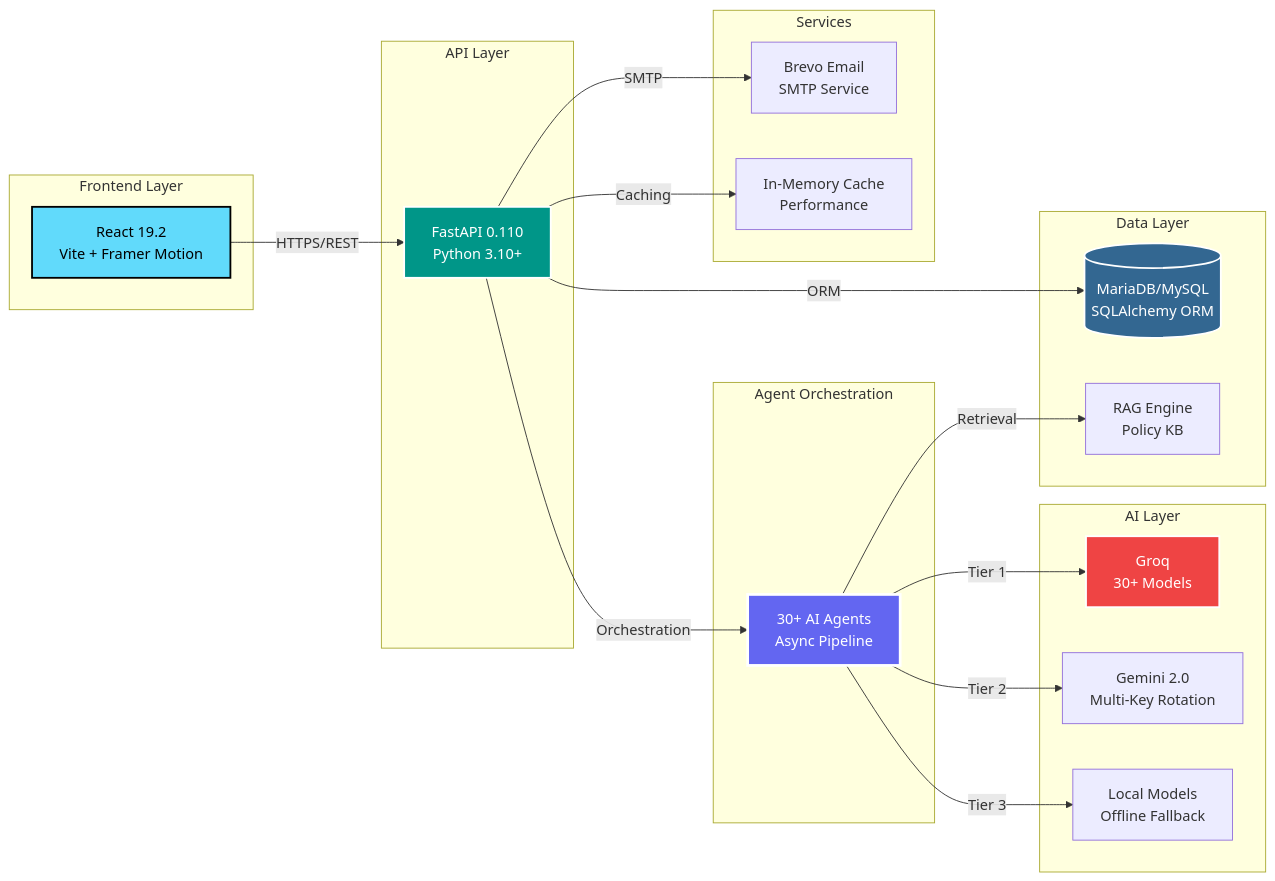
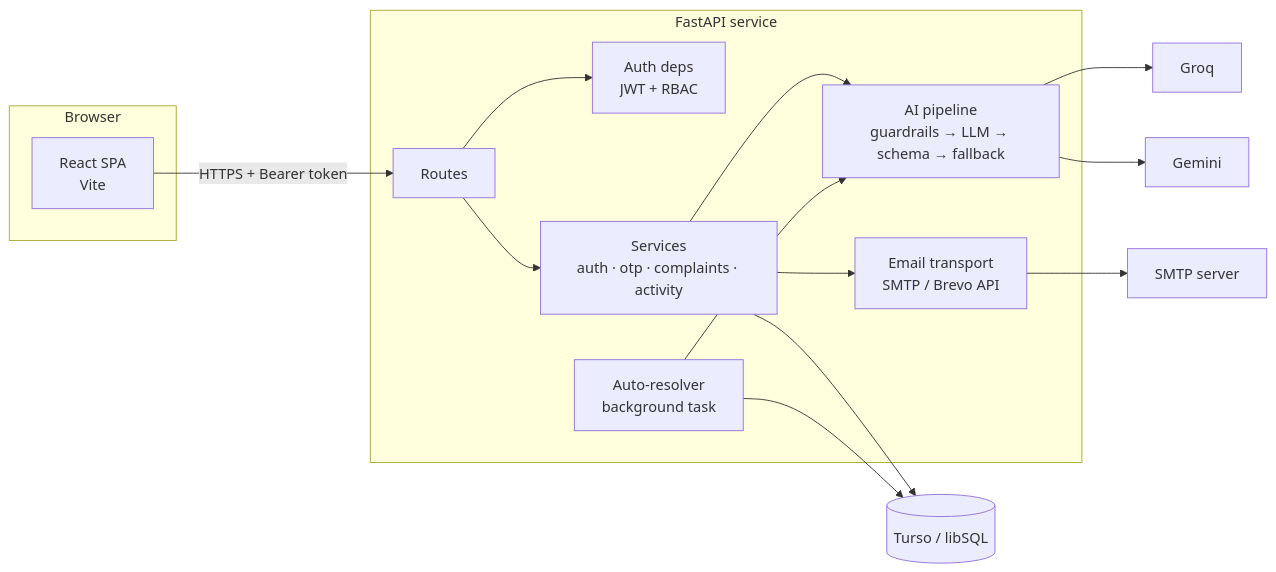
Before and after one commit to RiteshKumar2e/customer-complaint-agent_new: the diagram in README.md, drawn with Mermaid. The commit also changed other lines of this file and 173 other files, not shown here.

````diff
--- a/README.md
+++ b/README.md
@@ -297,46 +30,18 @@
 ```mermaid
-graph LR
-    subgraph "Frontend Layer"
-        A[React 19.2<br/>Vite + Framer Motion]
-    end
-    
-    subgraph "API Layer"
-        B[FastAPI 0.110<br/>Python 3.10+]
-    end
-    
-    subgraph "AI Layer"
-        C1[Groq<br/>30+ Models]
-        C2[Gemini 2.0<br/>Multi-Key Rotation]
-        C3[Local Models<br/>Offline Fallback]
-    end
-    
-    subgraph "Agent Orchestration"
-        D[30+ AI Agents<br/>Async Pipeline]
-    end
-    
-    subgraph "Data Layer"
-        E[(MariaDB/MySQL<br/>SQLAlchemy ORM)]
-        F[RAG Engine<br/>Policy KB]
-    end
-    
-    subgraph "Services"
-        G[Brevo Email<br/>SMTP Service]
-        H[In-Memory Cache<br/>Performance]
-    end
-    
-    A -->|HTTPS/REST| B
-    B -->|Orchestration| D
-    D -->|Tier 1| C1
-    D -->|Tier 2| C2
-    D -->|Tier 3| C3
-    B -->|ORM| E
-    D -->|Retrieval| F
-    B -->|SMTP| G
-    B -->|Caching| H
-    
-    style A fill:#61dafb,stroke:#000,stroke-width:2px,color:#000
-    style B fill:#009688,stroke:#fff,stroke-width:2px,color:#fff
-    style D fill:#6366f1,stroke:#fff,stroke-width:3px,color:#fff
-    style C1 fill:#ef4444,stroke:#fff,stroke-width:2px,color:#fff
-    style E fill:#336791,stroke:#fff,stroke-width:2px,color:#fff
+flowchart LR
+  subgraph Browser
+    W[React SPA<br/>Vite]
+  end
+  subgraph API[FastAPI service]
+    R[Routes] --> D[Auth deps<br/>JWT + RBAC]
+    R --> S[Services<br/>auth · otp · complaints · activity]
+    S --> AI[AI pipeline<br/>guardrails → LLM → schema → fallback]
+    S --> E[Email transport<br/>SMTP / Brevo API]
+    AR[Auto-resolver<br/>background task] --> AI
+  end
+  W -- HTTPS + Bearer token --> R
+  S --> T[(Turso / libSQL)]
+  AR --> T
+  AI --> G[Groq] & GM[Gemini]
+  E --> M[SMTP server]
 ```
````
